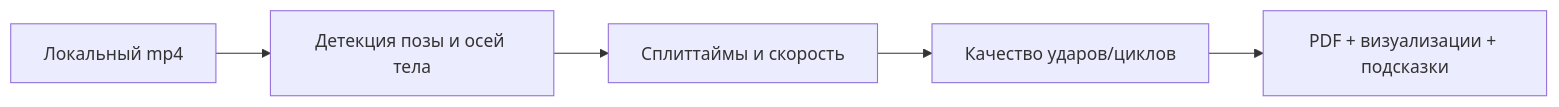
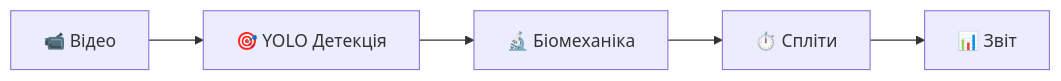
The diagram in README.md (Kachalaba/Advanced-Swimming-Training-Bot-with-AI-features), drawn with Mermaid before and after one commit. The commit also changed other lines of this file and 1303 other files, not shown here.

````diff
--- a/README.md
+++ b/README.md
@@ -5,7 +8,7 @@
 ```mermaid
 flowchart LR
-    A[Локальный mp4] --> B[Детекция позы и осей тела]
-    B --> C[Сплиттаймы и скорость]
-    C --> D[Качество ударов/циклов]
-    D --> E[PDF + визуализации + подсказки]
+    A[📹 Відео] --> B[🎯 YOLO Детекція]
+    B --> C[🔬 Біомеханіка]
+    C --> D[⏱️ Спліти]
+    D --> E[📊 Звіт]
 ```
````
